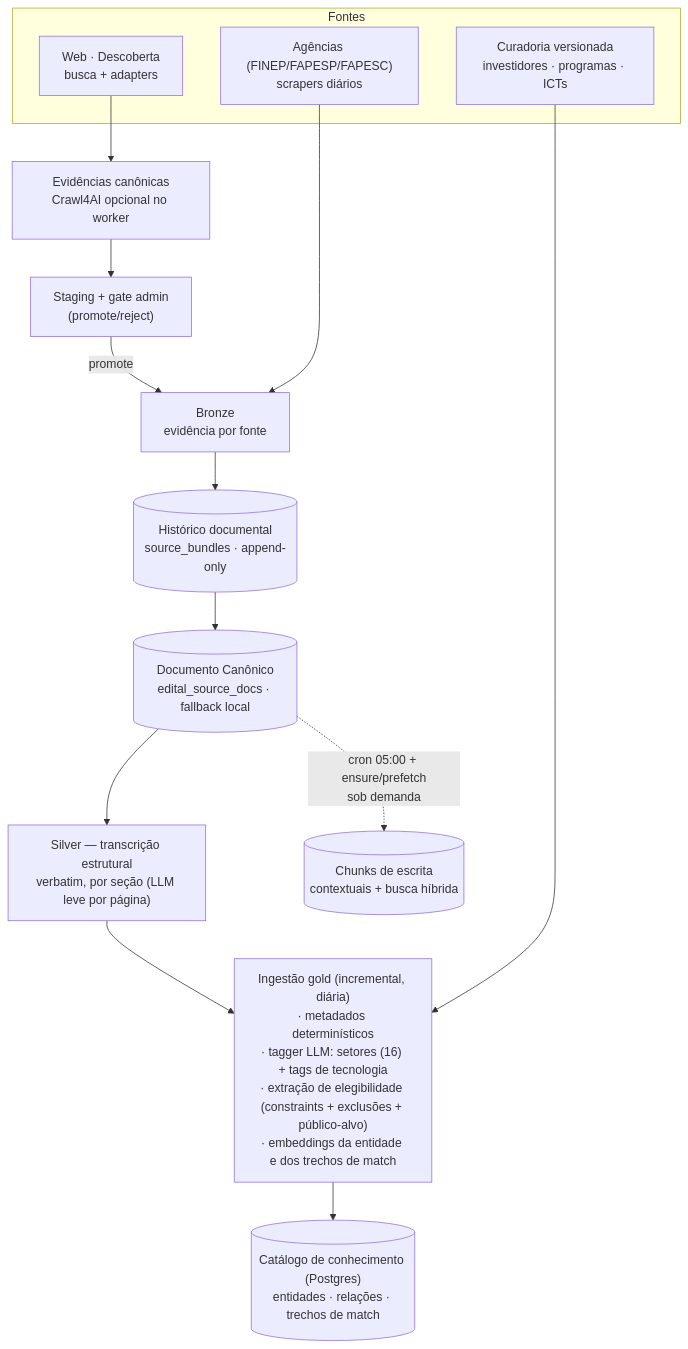
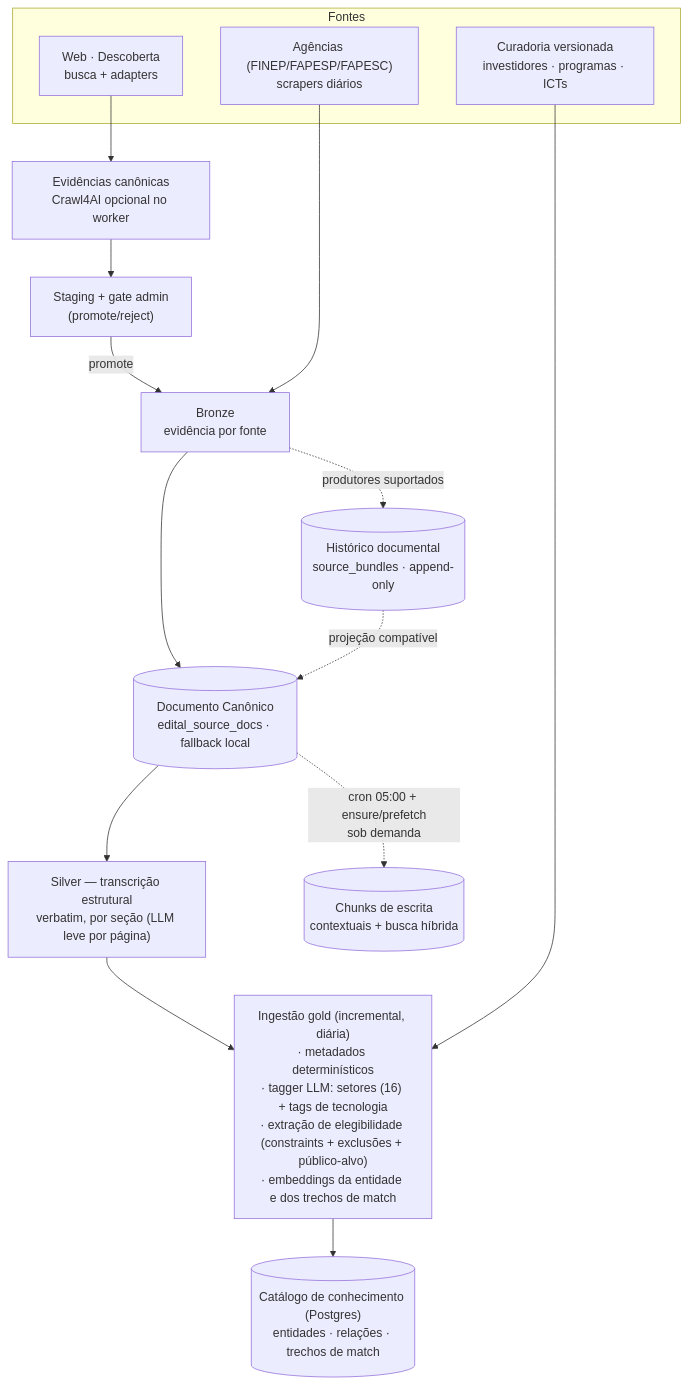
The second of 3 diagrams in docs/architecture.md (lucasborgs/radar_editais), drawn with Mermaid before and after one commit. The commit also changed 1 other file, not shown here.

Commit message:
docs(data-trust): approve RT04-T07 audit

````diff
--- a/docs/architecture.md
+++ b/docs/architecture.md
@@ -47,23 +47,24 @@
 ```mermaid
 flowchart TB
   subgraph FONTES["Fontes"]
     AG["Agências (FINEP/FAPESP/FAPESC)<br/>scrapers diários"]
     WEB["Web · Descoberta<br/>busca + adapters"]
     CUR["Curadoria versionada<br/>investidores · programas · ICTs"]
   end
 
   WEB --> EVID["Evidências canônicas<br/>Crawl4AI opcional no worker"]
   EVID --> GATE["Staging + gate admin<br/>(promote/reject)"]
   GATE -->|promote| BRONZE["Bronze<br/>evidência por fonte"]
   AG --> BRONZE
-  BRONZE --> BUNDLE[("Histórico documental<br/>source_bundles · append-only")]
-  BUNDLE --> CDOC[("Documento Canônico<br/>edital_source_docs · fallback local")]
+  BRONZE -.->|"produtores suportados"| BUNDLE[("Histórico documental<br/>source_bundles · append-only")]
+  BRONZE --> CDOC[("Documento Canônico<br/>edital_source_docs · fallback local")]
+  BUNDLE -.->|"projeção compatível"| CDOC
   CDOC --> SILVER["Silver — transcrição estrutural<br/>verbatim, por seção (LLM leve por página)"]
 
   SILVER --> INGEST["Ingestão gold (incremental, diária)<br/>· metadados determinísticos<br/>· tagger LLM: setores (16) + tags de tecnologia<br/>· extração de elegibilidade (constraints + exclusões + público-alvo)<br/>· embeddings da entidade e dos trechos de match"]
   CUR --> INGEST
 
   INGEST --> KG[("Catálogo de conhecimento (Postgres)<br/>entidades · relações · trechos de match")]
 
   CDOC -.->|"cron 05:00 + ensure/prefetch<br/>sob demanda"| RAGCHUNKS[("Chunks de escrita<br/>contextuais + busca híbrida")]
 ```
````
